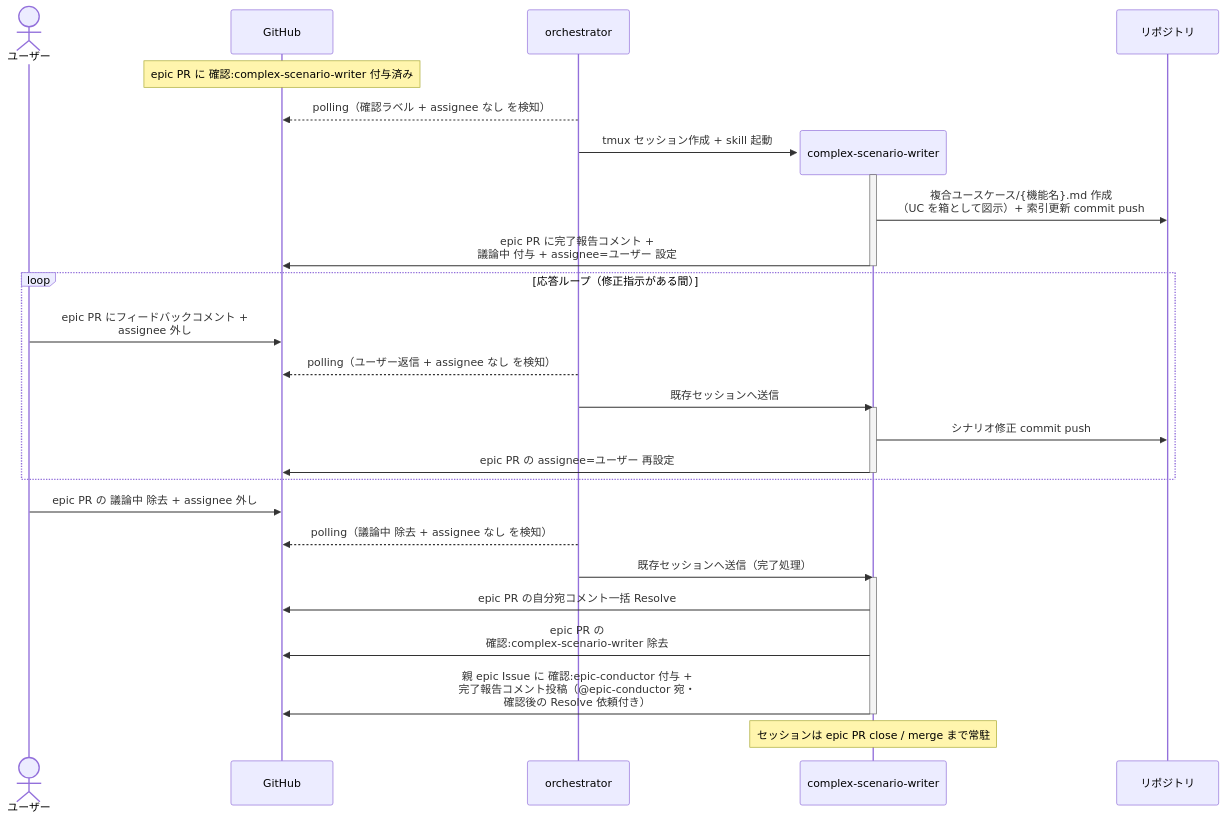
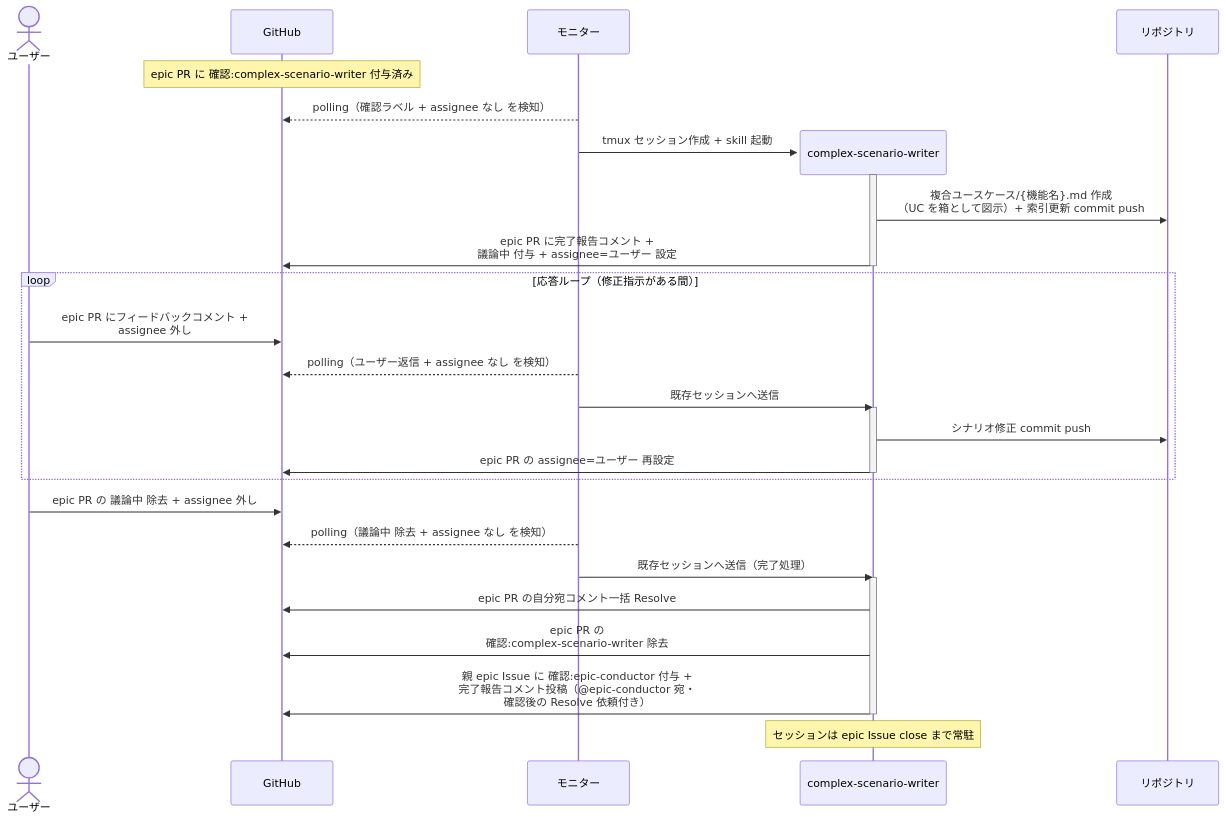
Before and after one commit to shuhei1101/ai-monitor: the diagram in docs/wiki/設計図/シナリオ/単一ユースケース/複合シナリオ設計.md, drawn with Mermaid. The commit also changed other lines of this file and 196 other files, not shown here.

````diff
--- a/docs/wiki/設計図/シナリオ/単一ユースケース/複合シナリオ設計.md
+++ b/docs/wiki/設計図/シナリオ/単一ユースケース/複合シナリオ設計.md
@@ -20,36 +21,36 @@
 ```mermaid
 sequenceDiagram
   actor U as ユーザー
   participant GH as GitHub
-  participant ORC as orchestrator
+  participant ORC as モニター
 
   Note over GH: epic PR に 確認:complex-scenario-writer 付与済み
   ORC-->>GH: polling（確認ラベル + assignee なし を検知）
   create participant MON as complex-scenario-writer
   ORC->>MON: tmux セッション作成 + skill 起動
   participant REPO as リポジトリ
   activate MON
   MON->>REPO: 複合ユースケース/{機能名}.md 作成<br>（UC を箱として図示）+ 索引更新 commit push
   MON->>GH: epic PR に完了報告コメント +<br>議論中 付与 + assignee=ユーザー 設定
   deactivate MON
 
   loop 応答ループ（修正指示がある間）
     U->>GH: epic PR にフィードバックコメント +<br>assignee 外し
     ORC-->>GH: polling（ユーザー返信 + assignee なし を検知）
     ORC->>MON: 既存セッションへ送信
     activate MON
     MON->>REPO: シナリオ修正 commit push
     MON->>GH: epic PR の assignee=ユーザー 再設定
     deactivate MON
   end
 
   U->>GH: epic PR の 議論中 除去 + assignee 外し
   ORC-->>GH: polling（議論中 除去 + assignee なし を検知）
   ORC->>MON: 既存セッションへ送信（完了処理）
   activate MON
   MON->>GH: epic PR の自分宛コメント一括 Resolve
   MON->>GH: epic PR の<br>確認:complex-scenario-writer 除去
   MON->>GH: 親 epic Issue に 確認:epic-conductor 付与 +<br>完了報告コメント投稿（@epic-conductor 宛・<br>確認後の Resolve 依頼付き）
   deactivate MON
-  Note over MON: セッションは epic PR close / merge まで常駐
+  Note over MON: セッションは epic Issue close まで常駐
 ```
````
